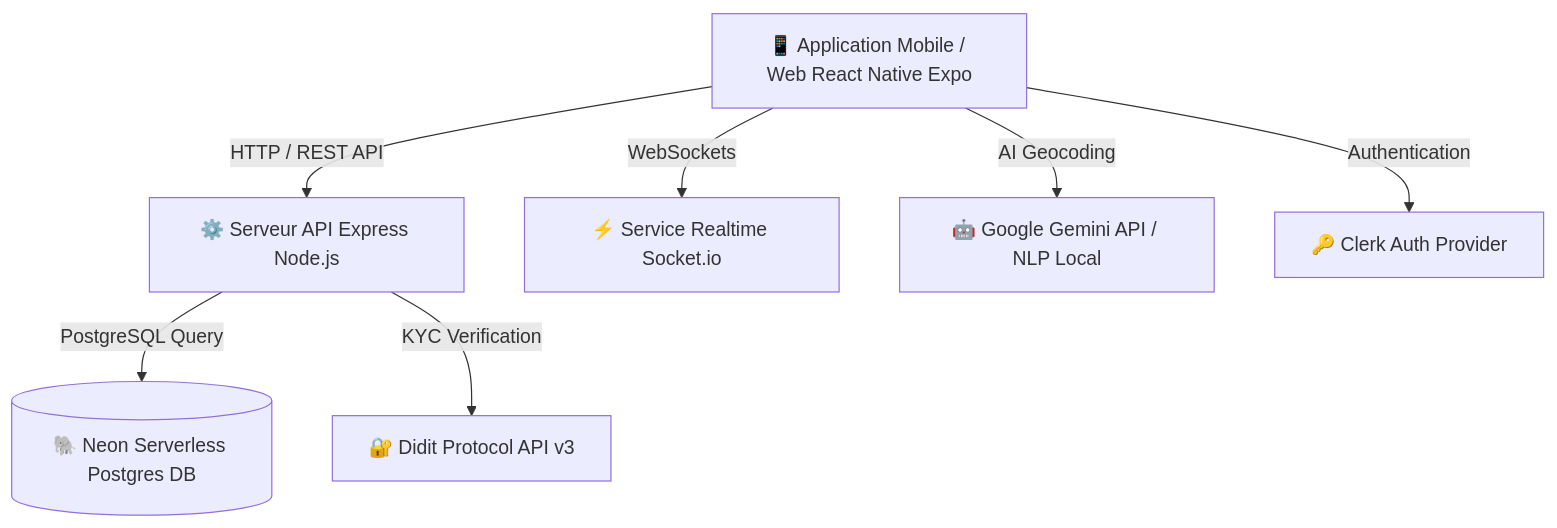
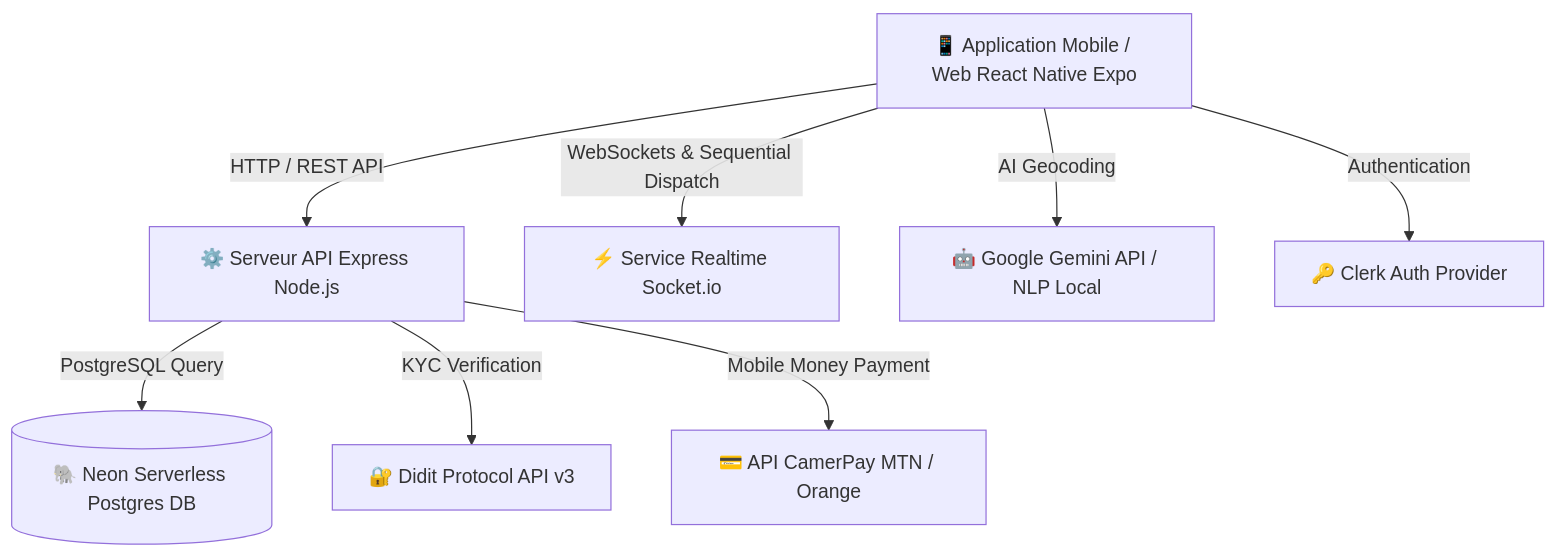
Before and after one commit to nkollambesso/VORA: the diagram in README.md, drawn with Mermaid. The commit also changed other lines of this file, not shown here.

Commit message:
docs: Update README.md with vehicle onboarding, contract, pricing, dispatch, calls, and photos documentation

````diff
--- a/README.md
+++ b/README.md
@@ -93,9 +110,10 @@
 ```mermaid
 graph TD
     Client[📱 Application Mobile / Web React Native Expo] -->|HTTP / REST API| Backend[⚙️ Serveur API Express Node.js]
-    Client -->|WebSockets| Socket[⚡ Service Realtime Socket.io]
+    Client -->|WebSockets & Sequential Dispatch| Socket[⚡ Service Realtime Socket.io]
     Client -->|AI Geocoding| Gemini[🤖 Google Gemini API / NLP Local]
     Backend -->|PostgreSQL Query| DB[(🐘 Neon Serverless Postgres DB)]
     Backend -->|KYC Verification| Didit[🔐 Didit Protocol API v3]
+    Backend -->|Mobile Money Payment| CamerPay[💳 API CamerPay MTN / Orange]
     Client -->|Authentication| Clerk[🔑 Clerk Auth Provider]
 ```
````
